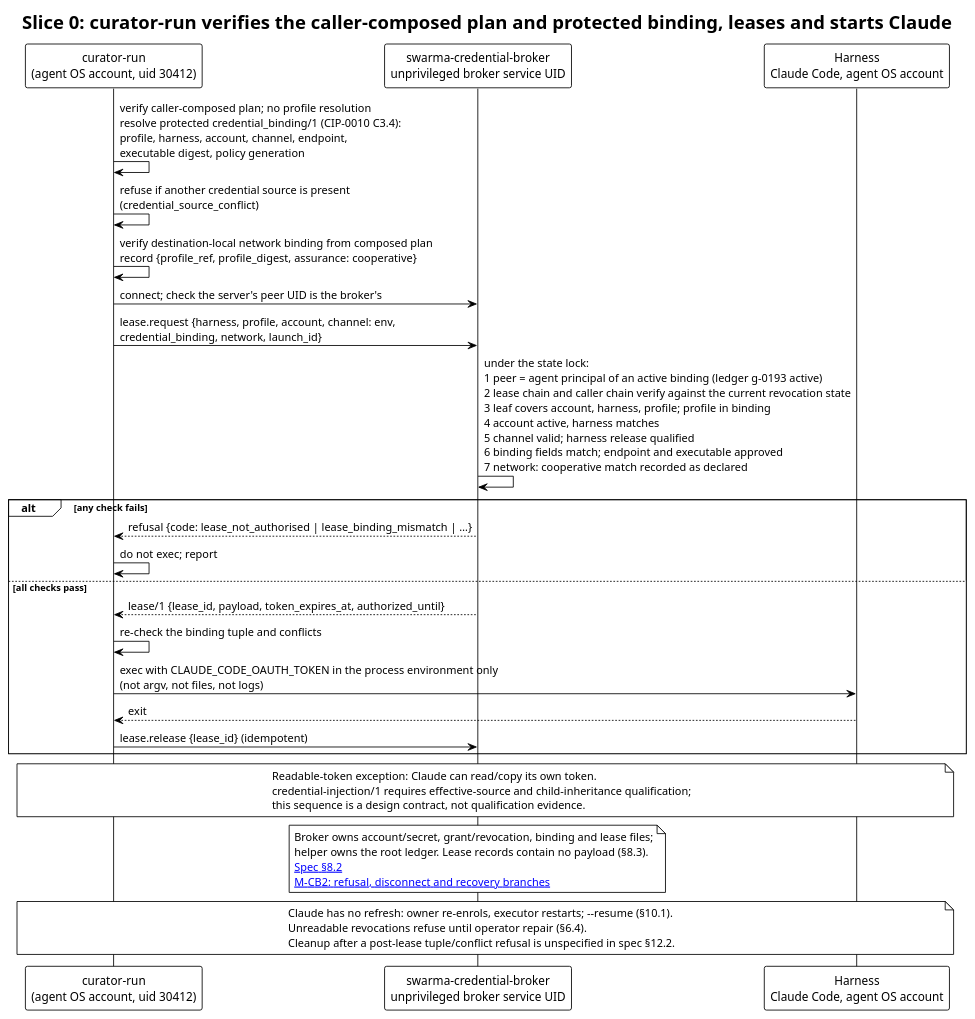
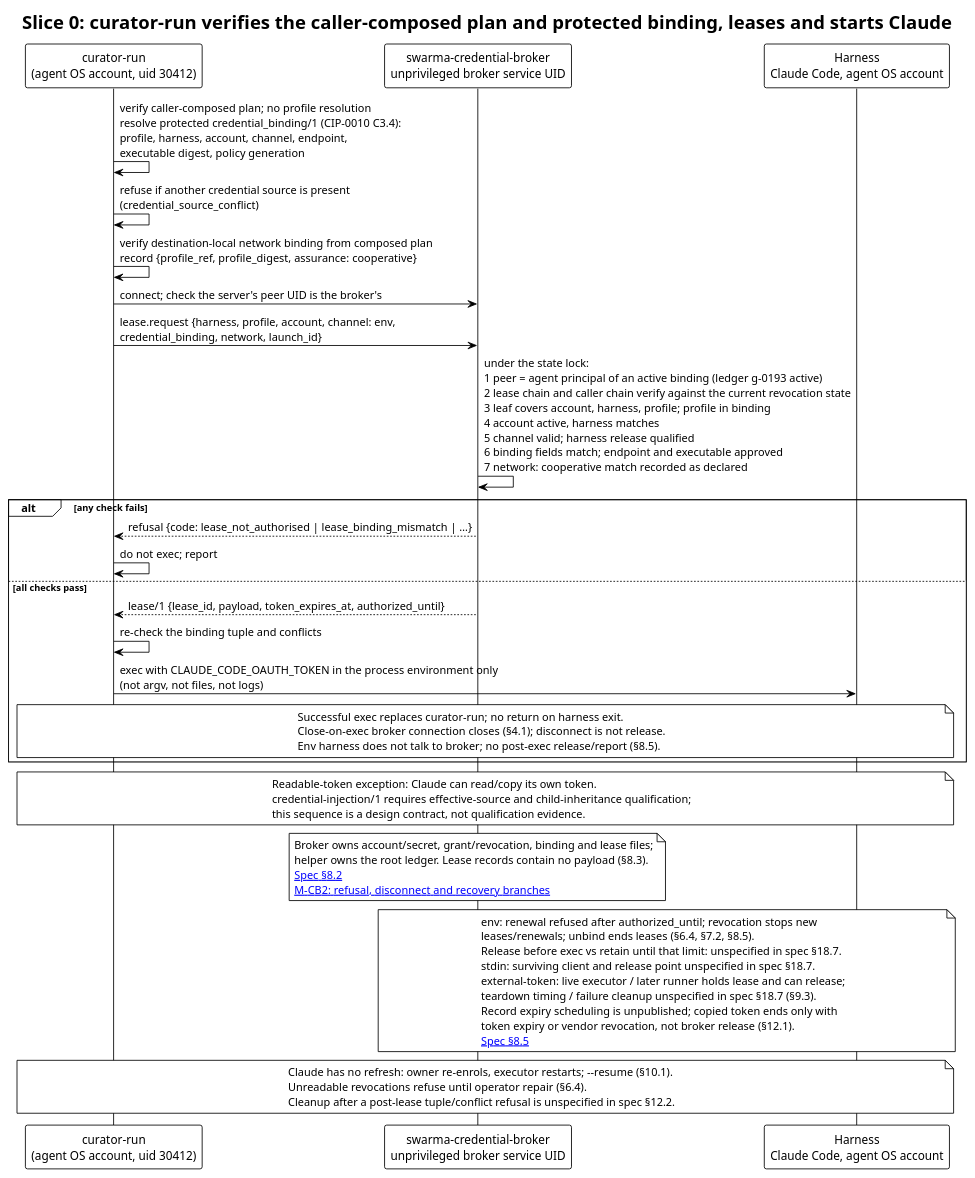
The diagram in diagrams/lease-at-launch.puml (relux-works/swarma-credential-broker), drawn with PlantUML before and after one commit. The commit also changed 6 other files, not shown here.

First line of the commit message:
Spec-gap wave: launch-time lease end per channel (TASK-261012-2wkmmt)

```diff
--- a/diagrams/lease-at-launch.puml
+++ b/diagrams/lease-at-launch.puml
@@ -1,37 +1,51 @@
 @startuml lease-at-launch
 !theme plain
 title Slice 0: curator-run verifies the caller-composed plan and protected binding, leases and starts Claude
 
 participant "curator-run\n(agent OS account, uid 30412)" as E
 participant "swarma-credential-broker\nunprivileged broker service UID" as B
 participant "Harness\nClaude Code, agent OS account" as H
 
 E -> E: verify caller-composed plan; no profile resolution\nresolve protected credential_binding/1 (CIP-0010 C3.4):\nprofile, harness, account, channel, endpoint,\nexecutable digest, policy generation
 E -> E: refuse if another credential source is present\n(credential_source_conflict)
 E -> E: verify destination-local network binding from composed plan\nrecord {profile_ref, profile_digest, assurance: cooperative}
 E -> B: connect; check the server's peer UID is the broker's
 E -> B: lease.request {harness, profile, account, channel: env,\ncredential_binding, network, launch_id}
 B -> B: under the state lock:\n1 peer = agent principal of an active binding (ledger g-0193 active)\n2 lease chain and caller chain verify against the current revocation state\n3 leaf covers account, harness, profile; profile in binding\n4 account active, harness matches\n5 channel valid; harness release qualified\n6 binding fields match; endpoint and executable approved\n7 network: cooperative match recorded as declared
 alt any check fails
   B --> E: refusal {code: lease_not_authorised | lease_binding_mismatch | …}
   E -> E: do not exec; report
 else all checks pass
   B --> E: lease/1 {lease_id, payload, token_expires_at, authorized_until}
   E -> E: re-check the binding tuple and conflicts
   E -> H: exec with CLAUDE_CODE_OAUTH_TOKEN in the process environment only\n(not argv, not files, not logs)
-  H --> E: exit
-  E -> B: lease.release {lease_id} (idempotent)
+  note over E,H
+    Successful exec replaces curator-run; no return on harness exit.
+    Close-on-exec broker connection closes (§4.1); disconnect is not release.
+    Env harness does not talk to broker; no post-exec release/report (§8.5).
+  end note
 end
 note over E,H: Readable-token exception: Claude can read/copy its own token.\ncredential-injection/1 requires effective-source and child-inheritance qualification;\nthis sequence is a design contract, not qualification evidence.
 note over B
   Broker owns account/secret, grant/revocation, binding and lease files;
   helper owns the root ledger. Lease records contain no payload (§8.3).
   [[../spec/broker.md#82-checks-in-order Spec §8.2]]
   [[lease-recovery.puml M-CB2: refusal, disconnect and recovery branches]]
 end note
+note over B,H
+  env: renewal refused after authorized_until; revocation stops new
+  leases/renewals; unbind ends leases (§6.4, §7.2, §8.5).
+  Release before exec vs retain until that limit: unspecified in spec §18.7.
+  stdin: surviving client and release point unspecified in spec §18.7.
+  external-token: live executor / later runner holds lease and can release;
+  teardown timing / failure cleanup unspecified in spec §18.7 (§9.3).
+  Record expiry scheduling is unpublished; copied token ends only with
+  token expiry or vendor revocation, not broker release (§12.1).
+  [[../spec/broker.md#85-renewal-release-and-reports Spec §8.5]]
+end note
 note over E,H
   Claude has no refresh: owner re-enrols, executor restarts; --resume (§10.1).
   Unreadable revocations refuse until operator repair (§6.4).
   Cleanup after a post-lease tuple/conflict refusal is unspecified in spec §12.2.
 end note
 @enduml
```
